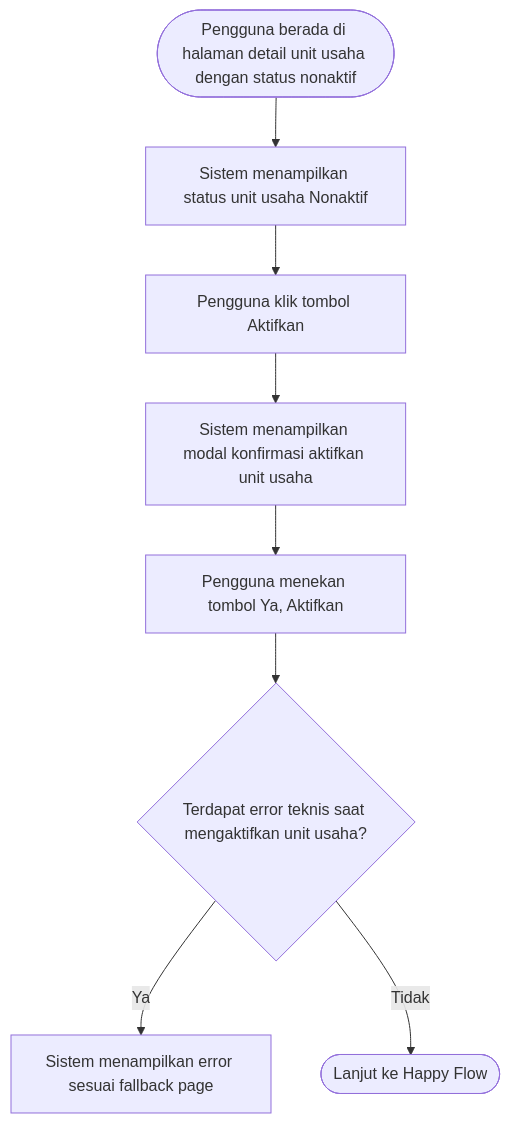
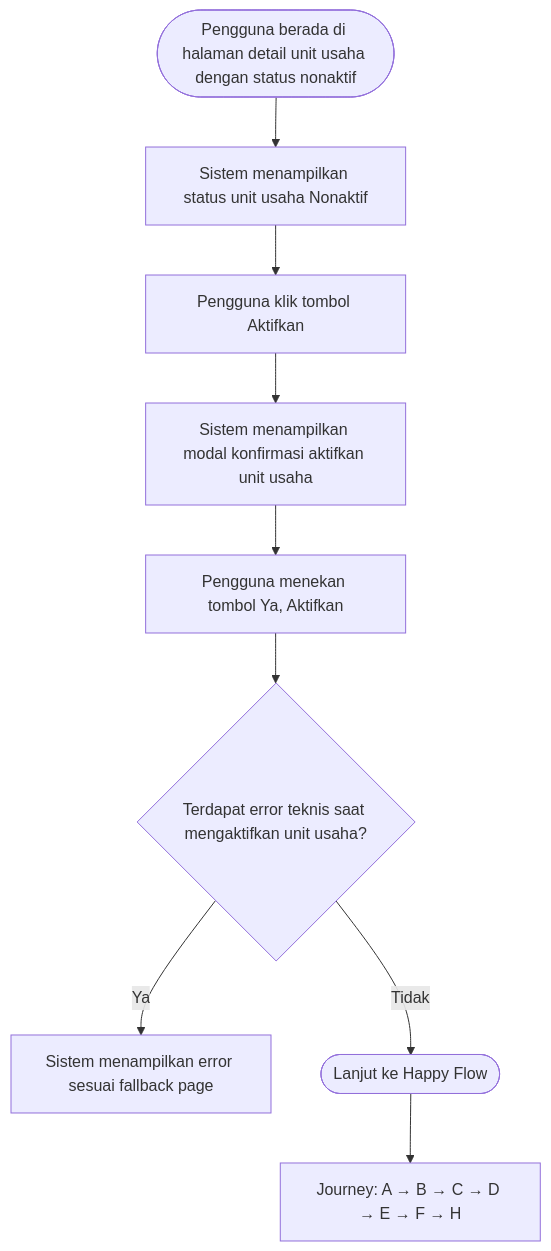
Diagram 36 of 39 in PRD-D.md (agestyarizki/groapp-markdown), drawn with Mermaid before and after one commit. The commit also changed other lines of this file, not shown here.

````diff
--- a/PRD-D.md
+++ b/PRD-D.md
@@ -4535,12 +4892,15 @@
 ```mermaid
 flowchart TD
     A([Pengguna berada di halaman detail unit usaha dengan status nonaktif])
         --> B[Sistem menampilkan status unit usaha Nonaktif]
     B --> C[Pengguna klik tombol Aktifkan]
     C --> D[Sistem menampilkan modal konfirmasi aktifkan unit usaha]
     D --> E[Pengguna menekan tombol Ya, Aktifkan]
     E --> F{Terdapat error teknis saat mengaktifkan unit usaha?}
     F -->|Ya| G[Sistem menampilkan error sesuai fallback page]
     F -->|Tidak| H([Lanjut ke Happy Flow])
+    %% Journey Flow
+    I["Journey: A → B → C → D → E → F → H"]
+    H --> I
 
 ```
````
